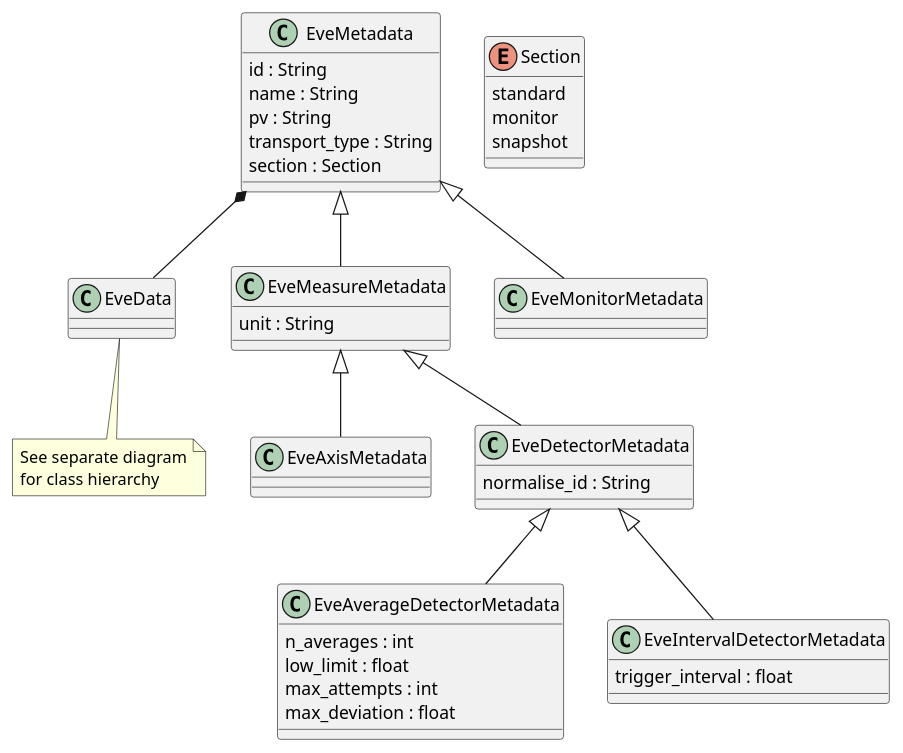
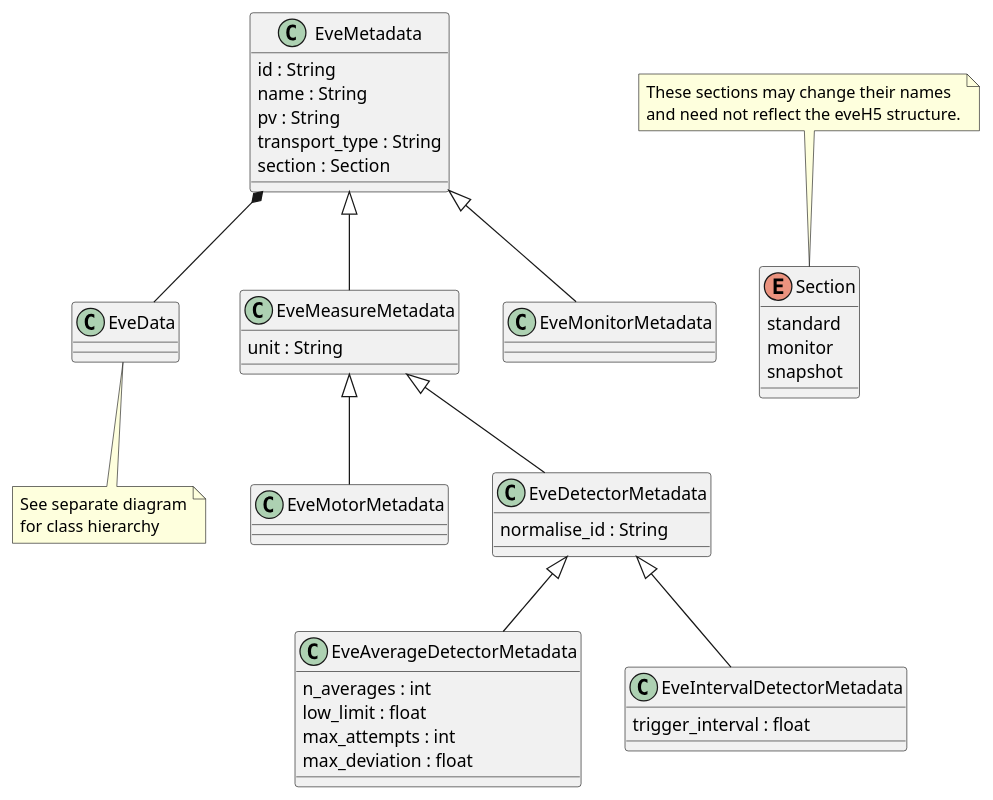
Before and after one commit to tillbiskup/evedata: the diagram in docs/uml/evedata.evemetadata.puml, drawn with PlantUML. The commit also changed 4 other files, not shown here.

Commit message:
Update UML diagrams

```diff
--- a/docs/uml/evedata.evemetadata.puml
+++ b/docs/uml/evedata.evemetadata.puml
@@ -1,55 +1,56 @@
 @startuml
 
 class EveMetadata {
     id : String
     name : String
     pv : String
     transport_type : String
     section : Section
 }
 
 class EveData {
 }
 note bottom: See separate diagram\nfor class hierarchy
 
 enum Section {
     standard
     monitor
     snapshot
 }
+note top: These sections may change their names\nand need not reflect the eveH5 structure.
 
 class EveMeasureMetadata {
     unit : String
 }
 
 class EveMonitorMetadata{
 }
 
-class EveAxisMetadata {
+class EveMotorMetadata {
 }
 
 class EveDetectorMetadata {
     normalise_id : String
 }
 
 class EveAverageDetectorMetadata {
     n_averages : int
     low_limit : float
     max_attempts : int
     max_deviation : float
 }
 
 class EveIntervalDetectorMetadata {
     trigger_interval : float
 }
 
 EveMetadata *-- EveData
 EveMetadata <|-- EveMeasureMetadata
 EveMetadata <|-- EveMonitorMetadata
 EveMeasureMetadata <|-- EveDetectorMetadata
-EveMeasureMetadata <|-- EveAxisMetadata
+EveMeasureMetadata <|-- EveMotorMetadata
 EveDetectorMetadata <|-- EveAverageDetectorMetadata
 EveDetectorMetadata <|-- EveIntervalDetectorMetadata
 
 
 @enduml
```
